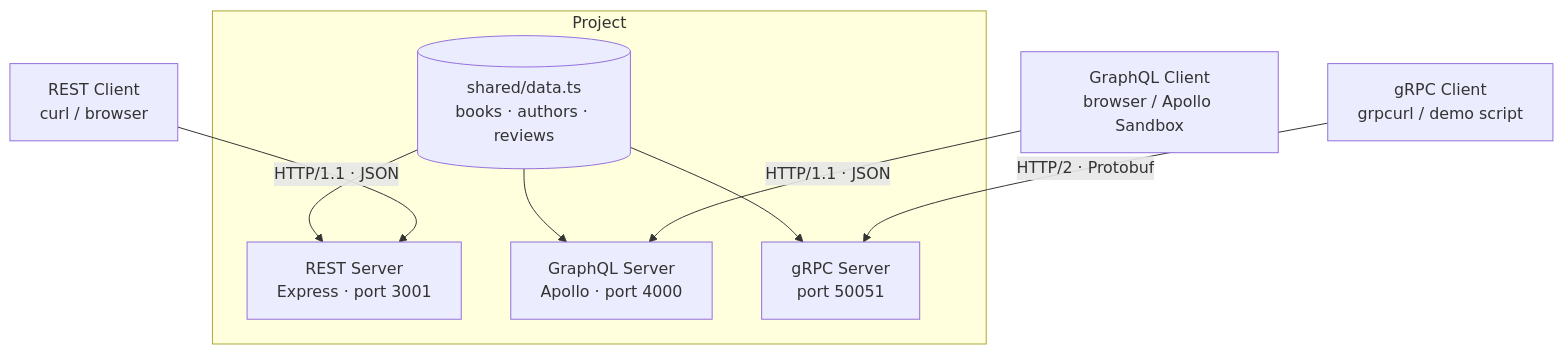
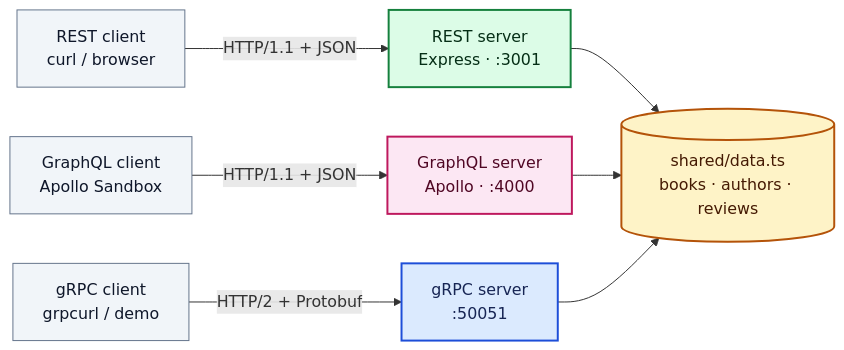
One commit to vaisakh-vn/api-comparison changed the first of 13 diagrams in README.md. Above: the diagram before and after it, drawn with Mermaid. The commit also changed other lines of this file, not shown here.

First line of the commit message:
Fix README diagram colors and correct gRPC comparison

````diff
--- a/README.md
+++ b/README.md
@@ -67,18 +66,22 @@
 ```mermaid
-graph TD
-    subgraph Project
-        SD[(shared/data.ts\nbooks · authors · reviews)]
+flowchart LR
+    C1["REST client<br/>curl / browser"] -- "HTTP/1.1 + JSON" --> REST["REST server<br/>Express · :3001"]
+    C2["GraphQL client<br/>Apollo Sandbox"] -- "HTTP/1.1 + JSON" --> GQL["GraphQL server<br/>Apollo · :4000"]
+    C3["gRPC client<br/>grpcurl / demo"] -- "HTTP/2 + Protobuf" --> GRPC["gRPC server<br/>:50051"]
 
-        REST[REST Server\nExpress · port 3001]
-        GQL[GraphQL Server\nApollo · port 4000]
-        GRPC[gRPC Server\nport 50051]
+    REST --> DATA[("shared/data.ts<br/>books · authors · reviews")]
+    GQL --> DATA
+    GRPC --> DATA
 
-        SD --> REST
-        SD --> GQL
-        SD --> GRPC
-    end
+    classDef client fill:#f1f5f9,stroke:#64748b,color:#0f172a
+    classDef rest   fill:#dcfce7,stroke:#15803d,stroke-width:2px,color:#052e16
+    classDef gql    fill:#fce7f3,stroke:#be185d,stroke-width:2px,color:#500724
+    classDef grpc   fill:#dbeafe,stroke:#1d4ed8,stroke-width:2px,color:#172554
+    classDef data   fill:#fef3c7,stroke:#b45309,stroke-width:2px,color:#451a03
 
-    C1[REST Client\ncurl / browser] -->|HTTP/1.1 · JSON| REST
-    C2[GraphQL Client\nbrowser / Apollo Sandbox] -->|HTTP/1.1 · JSON| GQL
-    C3[gRPC Client\ngrpcurl / demo script] -->|HTTP/2 · Protobuf| GRPC
+    class C1,C2,C3 client
+    class REST rest
+    class GQL gql
+    class GRPC grpc
+    class DATA data
 ```
````
